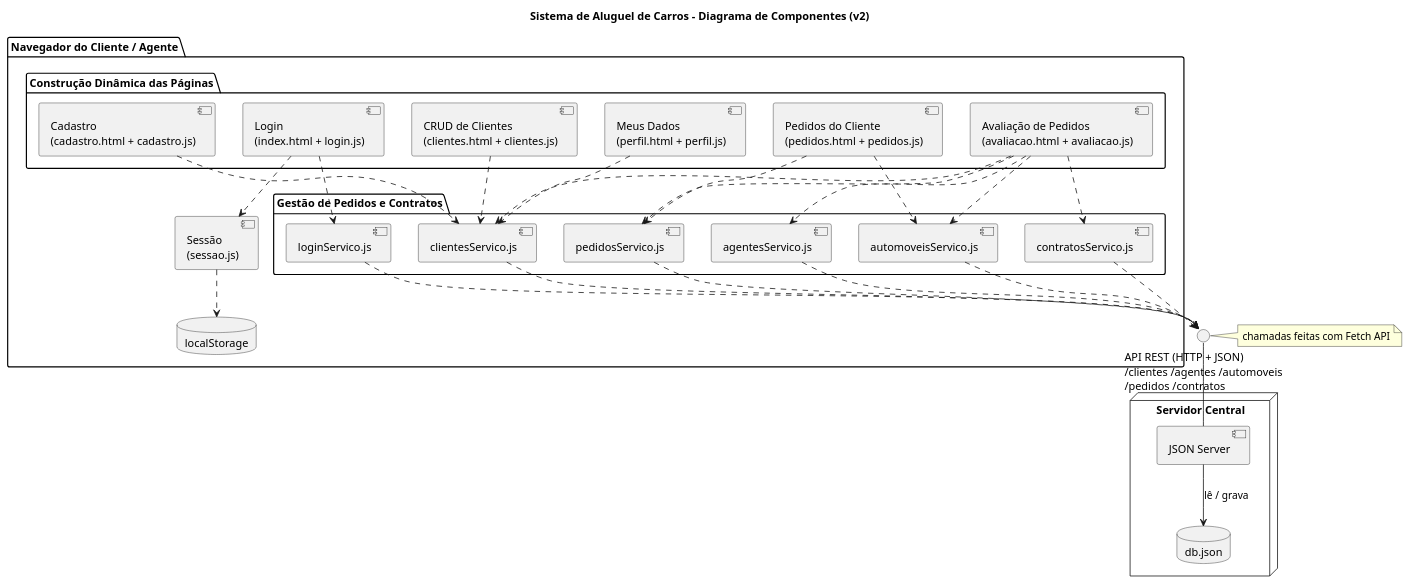
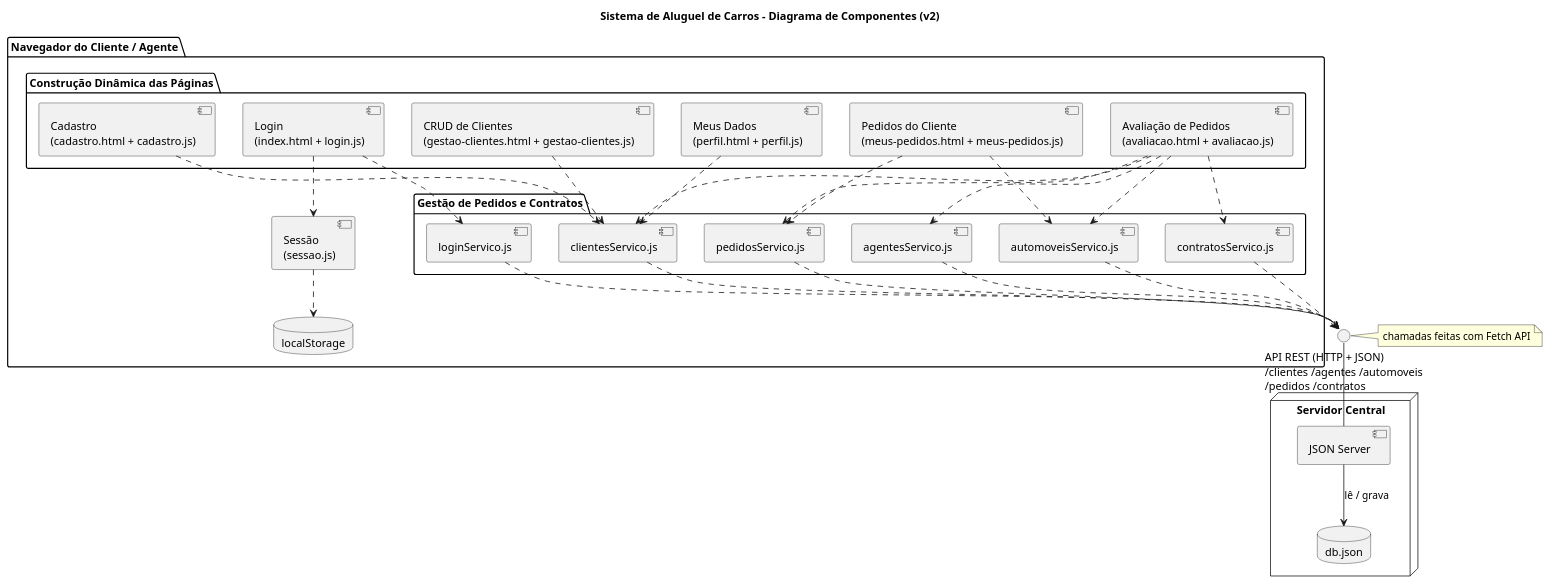
One commit to davicampolina/DIW-LAB2 changed the diagram in docs/diagramas/v2/componentes.puml. Above: the diagram before and after it, drawn with PlantUML. The commit also changed 4 other files, not shown here.

Commit message:
Atualiza diagramas v2 com os novos nomes das paginas

```diff
--- a/docs/diagramas/v2/componentes.puml
+++ b/docs/diagramas/v2/componentes.puml
@@ -1,60 +1,60 @@
 @startuml componentes
 title Sistema de Aluguel de Carros - Diagrama de Componentes (v2)
 top to bottom direction
 
 package "Navegador do Cliente / Agente" {
 
   package "Construção Dinâmica das Páginas" {
     [Login\n(index.html + login.js)] as Login
     [Cadastro\n(cadastro.html + cadastro.js)] as Cadastro
     [Meus Dados\n(perfil.html + perfil.js)] as Perfil
-    [Pedidos do Cliente\n(pedidos.html + pedidos.js)] as PagPedidos
+    [Pedidos do Cliente\n(meus-pedidos.html + meus-pedidos.js)] as PagPedidos
     [Avaliação de Pedidos\n(avaliacao.html + avaliacao.js)] as Avaliacao
-    [CRUD de Clientes\n(clientes.html + clientes.js)] as PagClientes
+    [CRUD de Clientes\n(gestao-clientes.html + gestao-clientes.js)] as PagClientes
   }
 
   [Sessão\n(sessao.js)] as Sessao
   database "localStorage" as LS
 
   package "Gestão de Pedidos e Contratos" {
     [loginServico.js] as SLogin
     [clientesServico.js] as SClientes
     [pedidosServico.js] as SPedidos
     [automoveisServico.js] as SAutomoveis
     [agentesServico.js] as SAgentes
     [contratosServico.js] as SContratos
   }
 }
 
 interface "API REST (HTTP + JSON)\n/clientes /agentes /automoveis\n/pedidos /contratos" as Rest
 
 node "Servidor Central" {
   [JSON Server] as Api
   database "db.json" as Db
 }
 
 Login ..> SLogin
 Login ..> Sessao
 Sessao ..> LS
 Cadastro ..> SClientes
 Perfil ..> SClientes
 PagClientes ..> SClientes
 PagPedidos ..> SPedidos
 PagPedidos ..> SAutomoveis
 Avaliacao ..> SPedidos
 Avaliacao ..> SClientes
 Avaliacao ..> SAutomoveis
 Avaliacao ..> SAgentes
 Avaliacao ..> SContratos
 
 SLogin ..> Rest
 SClientes ..> Rest
 SPedidos ..> Rest
 SAutomoveis ..> Rest
 SAgentes ..> Rest
 SContratos ..> Rest
 
 Rest -- Api
 note right of Rest : chamadas feitas com Fetch API
 Api --> Db : lê / grava
 @enduml
```
